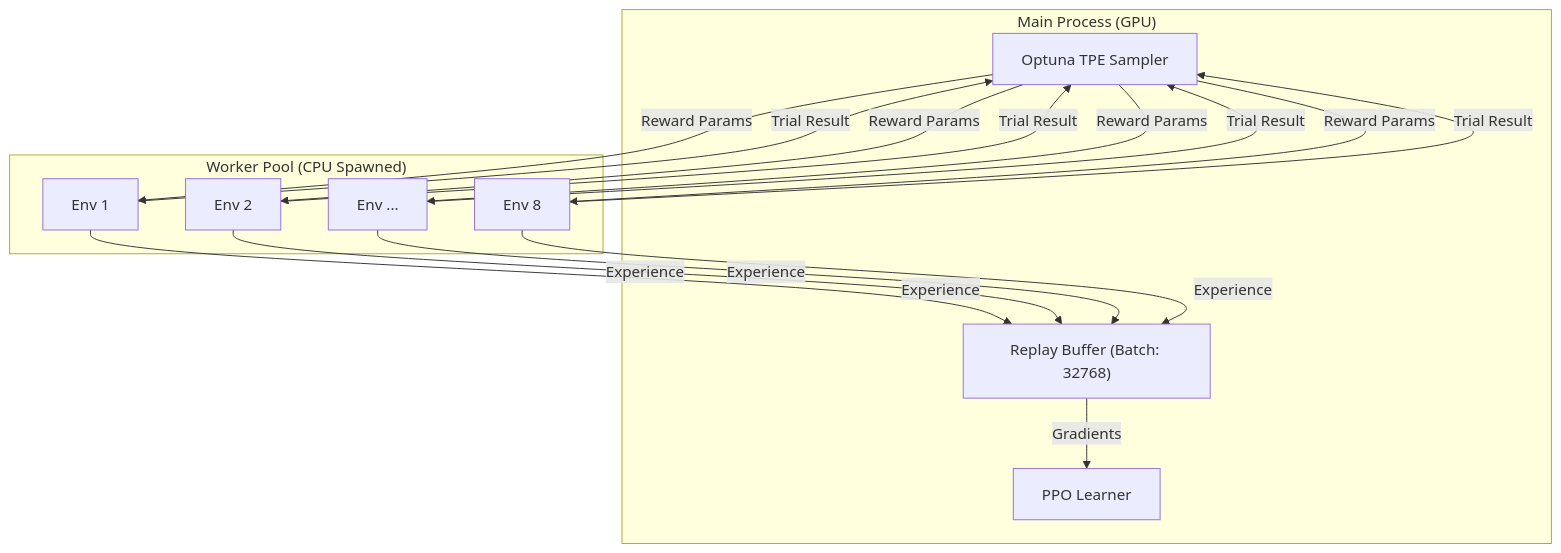
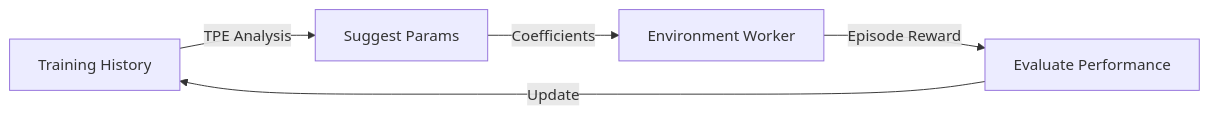
The sixth of 6 diagrams in README.md (didi-09/AI_DRIVEN_SOAR), drawn with Mermaid before and after one commit. The commit also changed other lines of this file, not shown here.

````diff
--- a/README.md
+++ b/README.md
@@ -303,20 +252,7 @@
 ```mermaid
-graph TD
-    subgraph "Main Process (GPU)"
-        Learner["PPO Learner"]
-        Mem["Replay Buffer (Batch: 32768)"]
-        Optimizer["Optuna TPE Sampler"]
-    end
-
-    subgraph "Worker Pool (CPU Spawned)"
-        W1["Env 1"]
-        W2["Env 2"]
-        W3["Env ..."]
-        W8["Env 8"]
-    end
-    
-    Optimizer -->|Reward Params| W1 & W2 & W3 & W8
-    W1 & W2 & W3 & W8 -->|Experience| Mem
-    Mem -->|Gradients| Learner
-    W1 & W2 & W3 & W8 -->|Trial Result| Optimizer
+graph LR
+    History["Training History"] -->|TPE Analysis| Suggest["Suggest Params"]
+    Suggest -->|Coefficients| Worker["Environment Worker"]
+    Worker -->|Episode Reward| Evaluate["Evaluate Performance"]
+    Evaluate -->|Update| History
 ```
````
